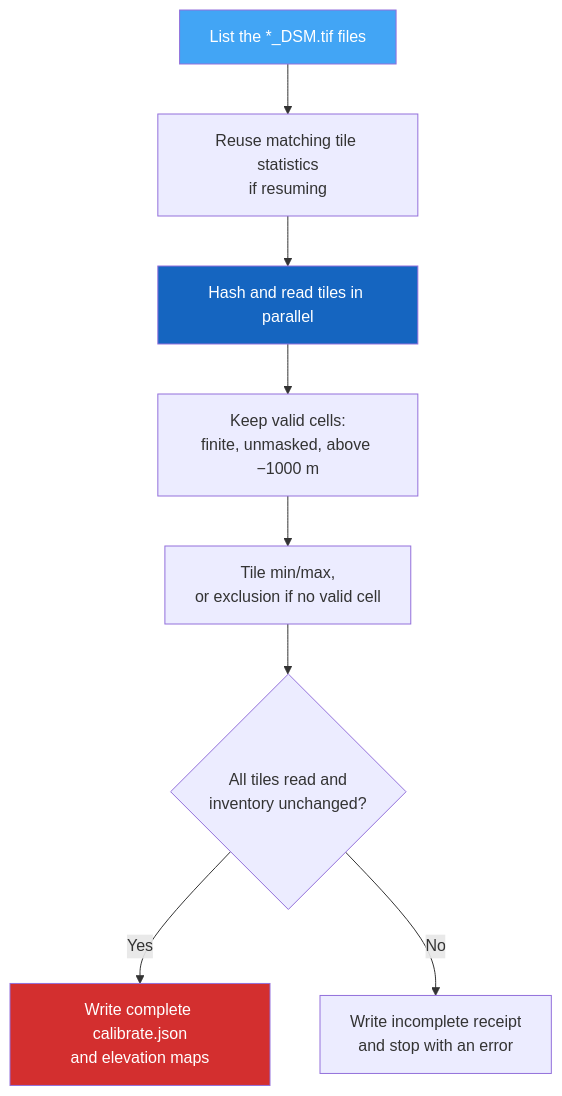
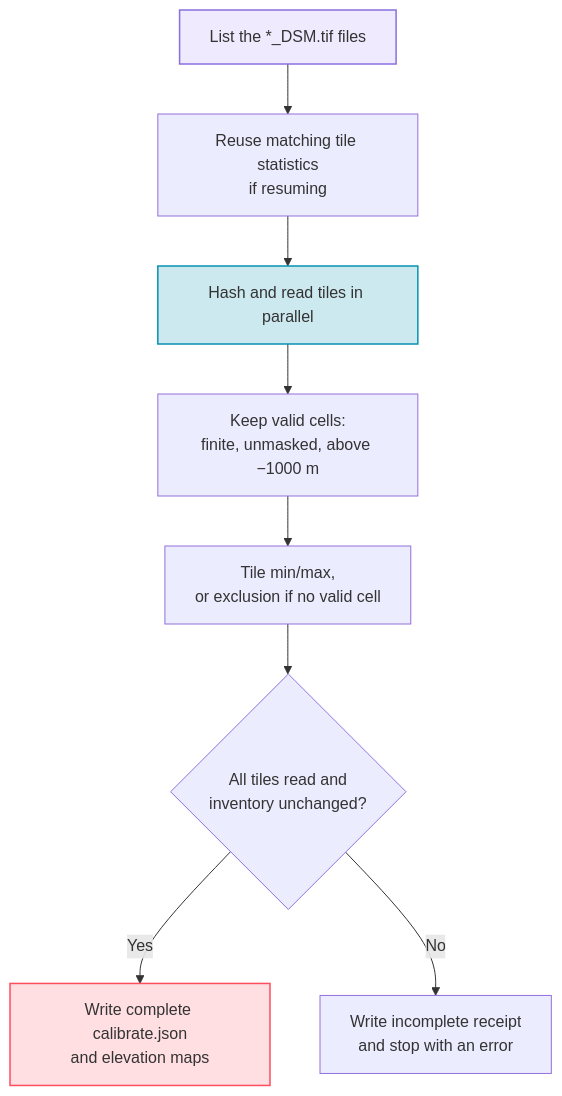
Before and after one commit to ThalesGroup/passage: the diagram in docs/guide/calibrate.md, drawn with Mermaid. The commit also changed 10 other files, not shown here.

First line of the commit message:
Docs: alpine dusk palette, zoomable Mermaid diagrams in site colours

````diff
--- a/docs/guide/calibrate.md
+++ b/docs/guide/calibrate.md
@@ -73,14 +73,14 @@
 ```mermaid
 flowchart TD
     A[List the *_DSM.tif files] --> B[Reuse matching tile statistics<br>if resuming]
     B --> C[Hash and read tiles in parallel]
     C --> D[Keep valid cells:<br>finite, unmasked, above −1000 m]
     D --> E[Tile min/max,<br>or exclusion if no valid cell]
     E --> F{All tiles read and<br>inventory unchanged?}
     F -->|Yes| G[Write complete calibrate.json<br>and elevation maps]
     F -->|No| H[Write incomplete receipt<br>and stop with an error]
 
-    style A fill:#42A5F5,color:#fff
-    style C fill:#1565C0,color:#fff
-    style G fill:#D32F2F,color:#fff
+    style A fill:#a78bfa2e,stroke:#8b6fe0,stroke-width:1.5px
+    style C fill:#0891b233,stroke:#0891b2,stroke-width:1.5px
+    style G fill:#ff4d5e2e,stroke:#ff4d5e,stroke-width:1.5px
 ```
````
